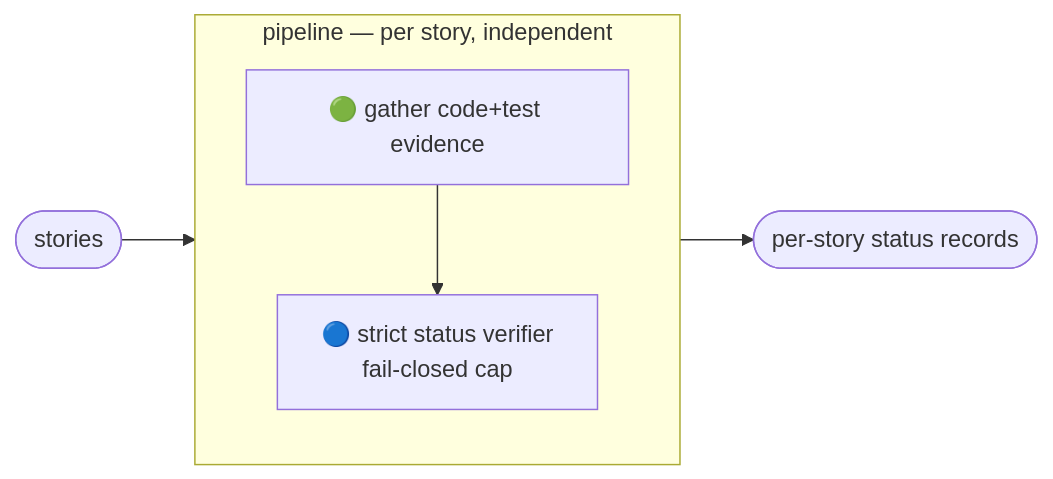
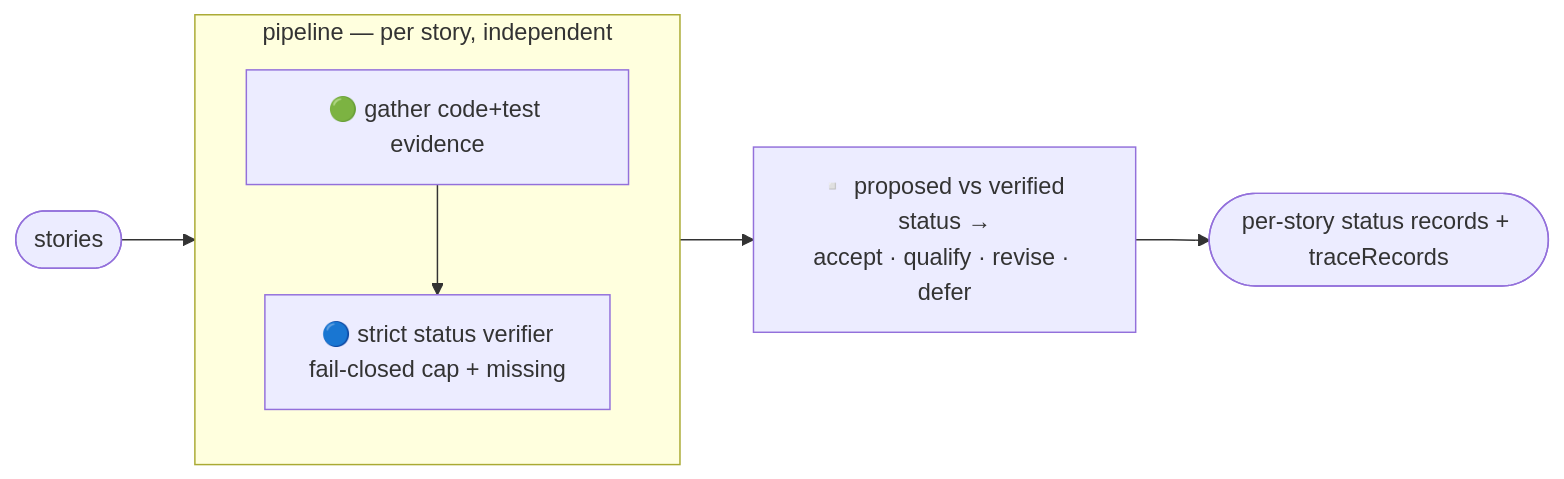
One commit to dominno/loop-setup changed the third of 7 diagrams in docs/workflow-graphs.md. Above: the diagram before and after it, drawn with Mermaid. The commit also changed other lines of this file and 48 other files, not shown here.

````diff
--- a/docs/workflow-graphs.md
+++ b/docs/workflow-graphs.md
@@ -77,8 +86,9 @@
 ```mermaid
 flowchart LR
   stories([stories]) --> P
   subgraph P["pipeline — per story, independent"]
-    e[🟢 gather code+test evidence] --> v[🔵 strict status verifier<br/>fail-closed cap]
+    e[🟢 gather code+test evidence] --> v[🔵 strict status verifier<br/>fail-closed cap + missing]
   end
-  P --> out([per-story status records])
+  P --> map[▫️ proposed vs verified status →<br/>accept · qualify · revise · defer]
+  map --> out([per-story status records + traceRecords])
 ```
````
